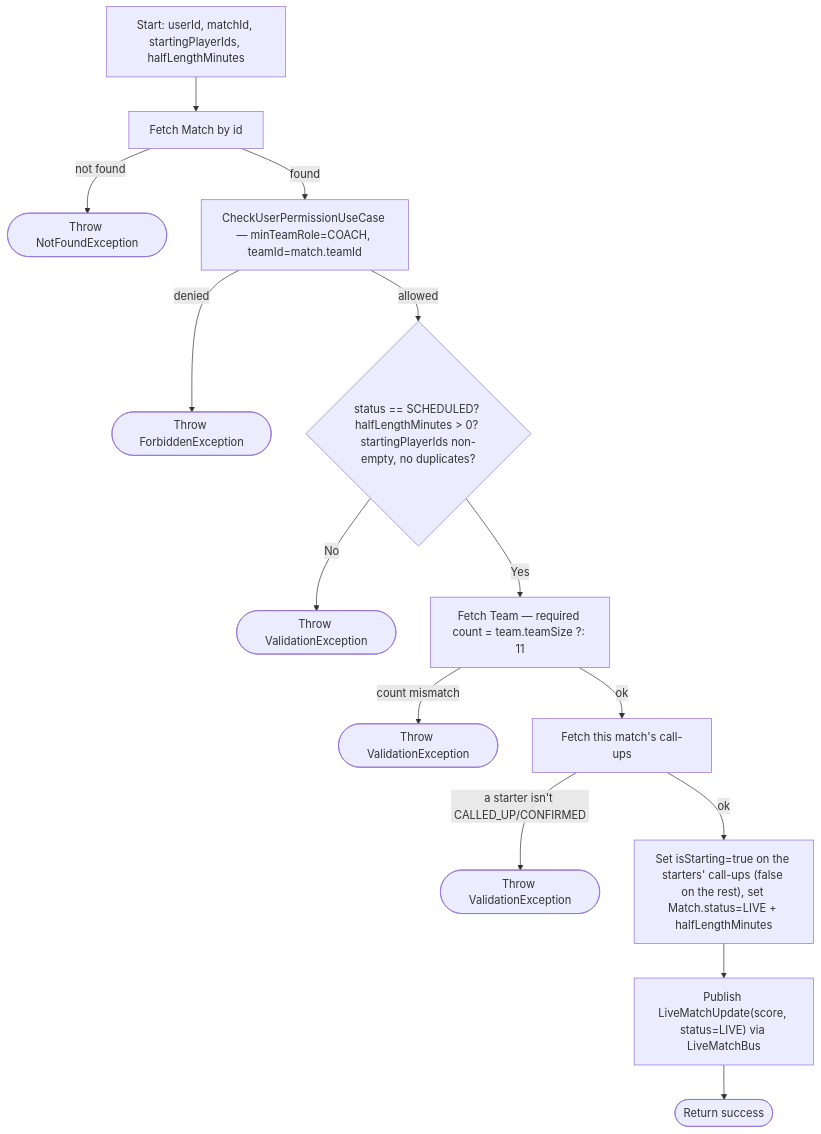
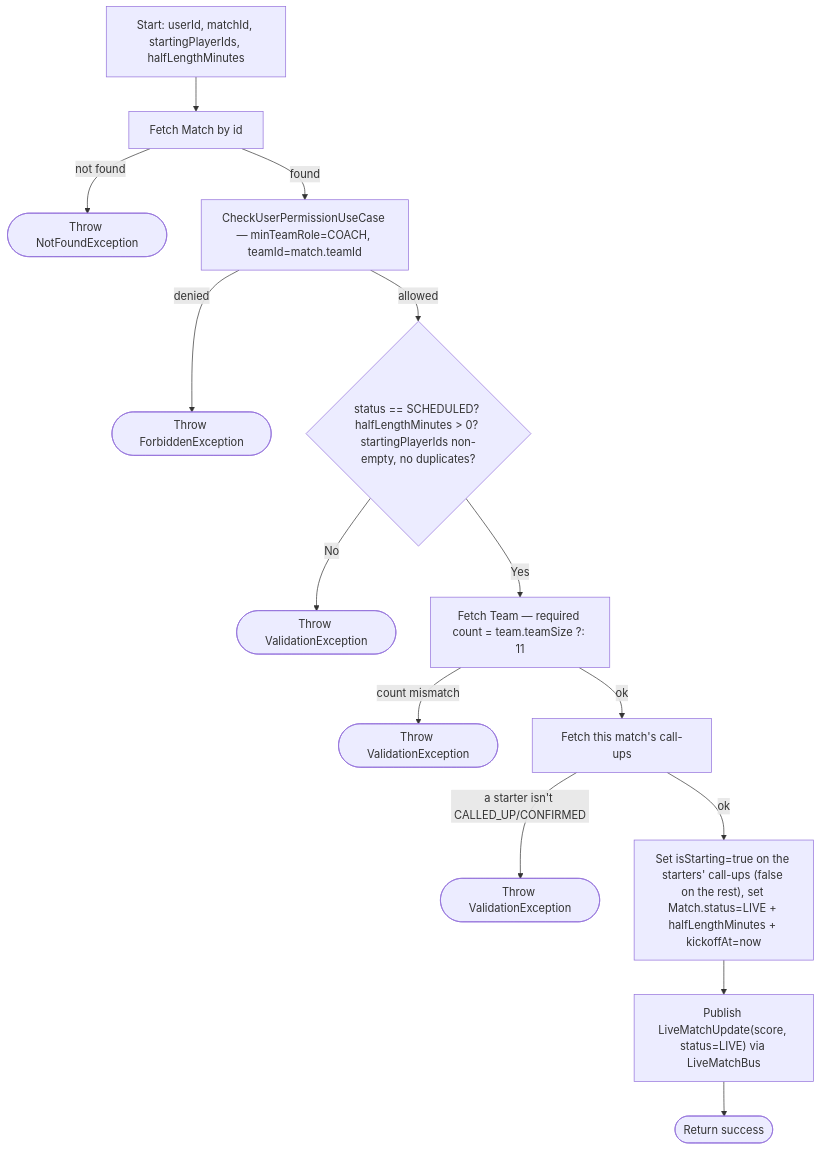
One commit to ricardofrango/squadify changed diagram 35 of 44 in PROCESS_FLOWS.md. Above: the diagram before and after it, drawn with Mermaid. The commit also changed other lines of this file and 9 other files, not shown here.

First line of the commit message:
Persist match kickoff time so the live clock survives navigation

````diff
--- a/PROCESS_FLOWS.md
+++ b/PROCESS_FLOWS.md
@@ -685,16 +685,16 @@
 ```mermaid
 graph TD
     A[Start: userId, matchId, startingPlayerIds, halfLengthMinutes] --> B[Fetch Match by id]
     B -- not found --> N(["Throw NotFoundException"])
     B -- found --> C[CheckUserPermissionUseCase — minTeamRole=COACH, teamId=match.teamId]
     C -- denied --> F(["Throw ForbiddenException"])
     C -- allowed --> D{"status == SCHEDULED? halfLengthMinutes > 0? startingPlayerIds non-empty, no duplicates?"}
     D -- No --> V1(["Throw ValidationException"])
     D -- Yes --> E[Fetch Team — required count = team.teamSize ?: 11]
     E -- count mismatch --> V2(["Throw ValidationException"])
     E -- ok --> G[Fetch this match's call-ups]
     G -- a starter isn't CALLED_UP/CONFIRMED --> V3(["Throw ValidationException"])
-    G -- ok --> H["Set isStarting=true on the starters' call-ups (false on the rest), set Match.status=LIVE + halfLengthMinutes"]
+    G -- ok --> H["Set isStarting=true on the starters' call-ups (false on the rest), set Match.status=LIVE + halfLengthMinutes + kickoffAt=now"]
     H --> I["Publish LiveMatchUpdate(score, status=LIVE) via LiveMatchBus"]
     I --> Z(["Return success"])
 ```
````
